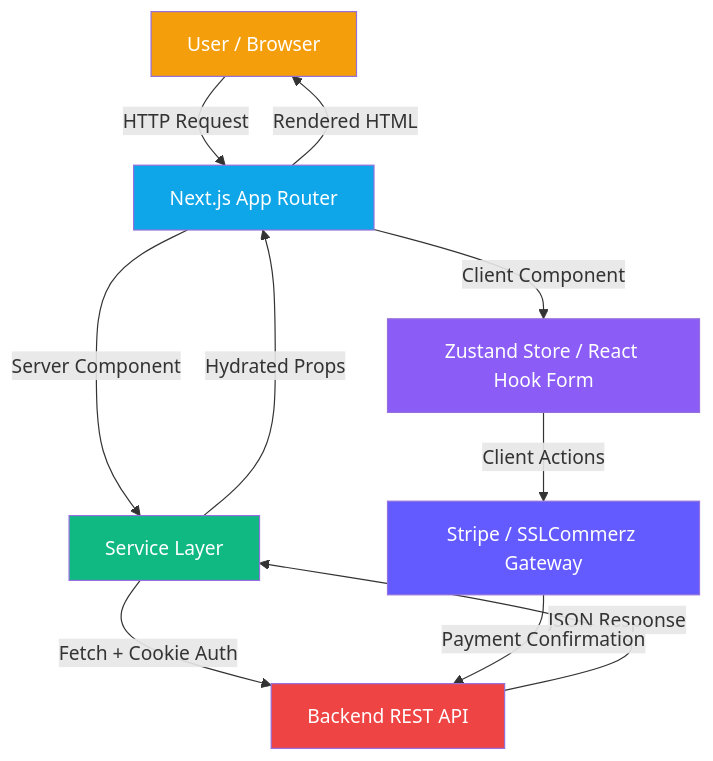
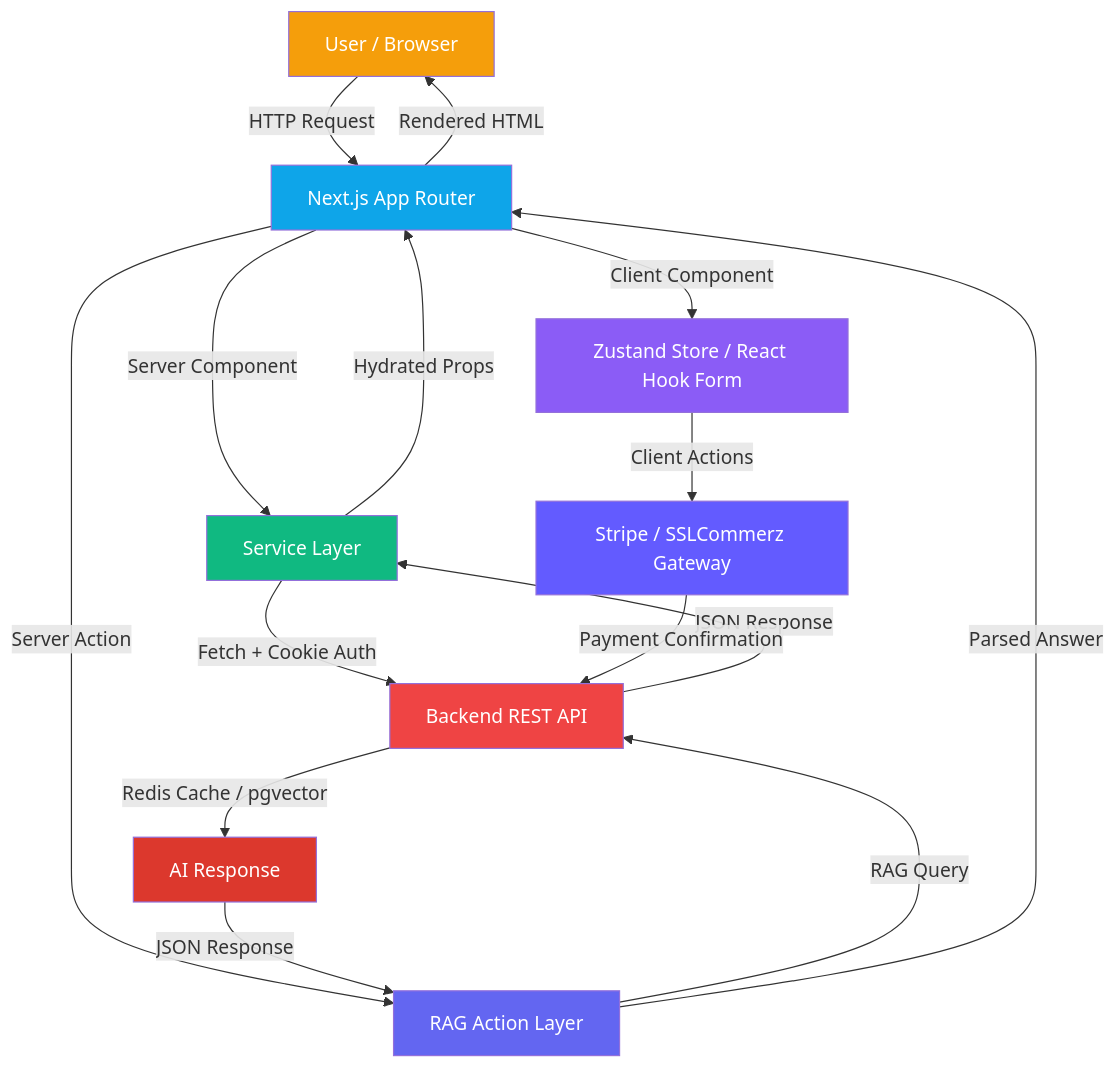
One commit to sayed725/urban_snacks_client changed the second of 3 diagrams in README.md. Above: the diagram before and after it, drawn with Mermaid. The commit also changed other lines of this file, not shown here.

Commit message:
updated readme add rag

````diff
--- a/README.md
+++ b/README.md
@@ -130,19 +186,26 @@
 ```mermaid
 graph TD
     A[User / Browser] -->|HTTP Request| B[Next.js App Router]
     B -->|Server Component| C[Service Layer]
     B -->|Client Component| D[Zustand Store / React Hook Form]
+    B -->|Server Action| G[RAG Action Layer]
     C -->|Fetch + Cookie Auth| E[Backend REST API]
+    G -->|RAG Query| E
+    E -->|Redis Cache / pgvector| H[AI Response]
+    H -->|JSON Response| G
+    G -->|Parsed Answer| B
     E -->|JSON Response| C
     C -->|Hydrated Props| B
     B -->|Rendered HTML| A
     D -->|Client Actions| F[Stripe / SSLCommerz Gateway]
     F -->|Payment Confirmation| E
 
     style A fill:#f59e0b,color:#fff
     style B fill:#0ea5e9,color:#fff
+    style G fill:#6366f1,color:#fff
+    style H fill:#dc382d,color:#fff
     style C fill:#10b981,color:#fff
     style D fill:#8b5cf6,color:#fff
     style E fill:#ef4444,color:#fff
     style F fill:#635bff,color:#fff
 ```
````
